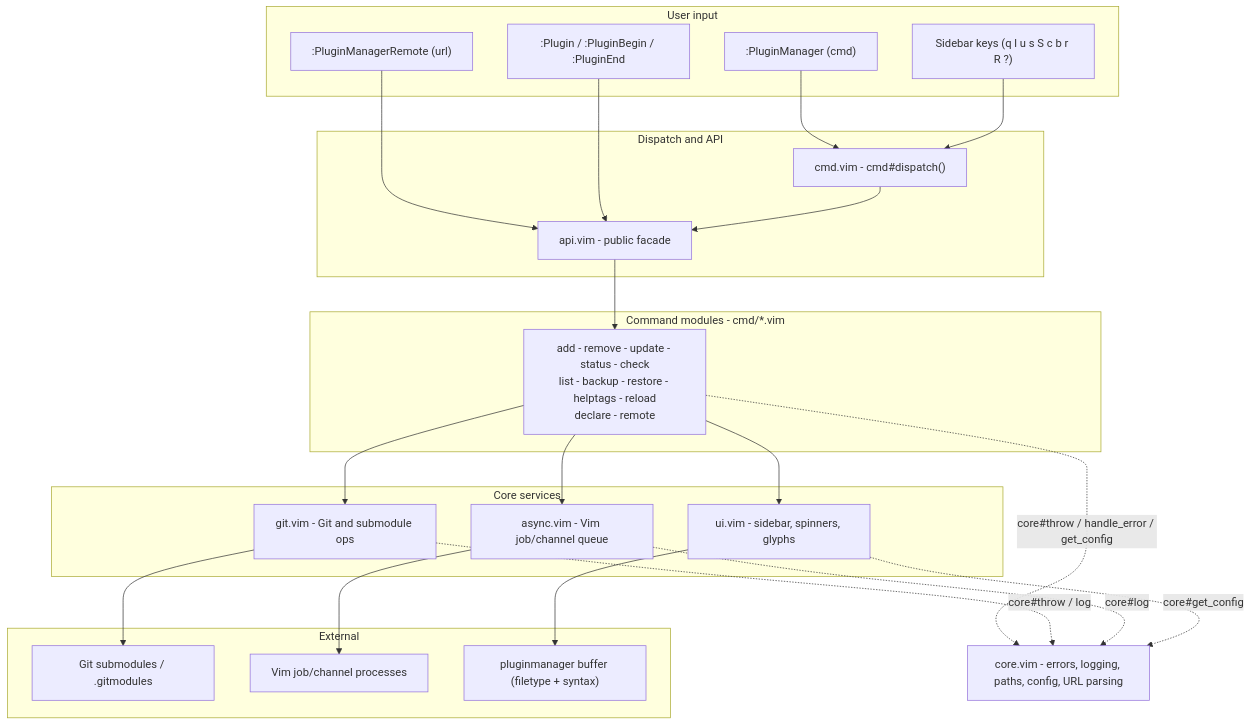
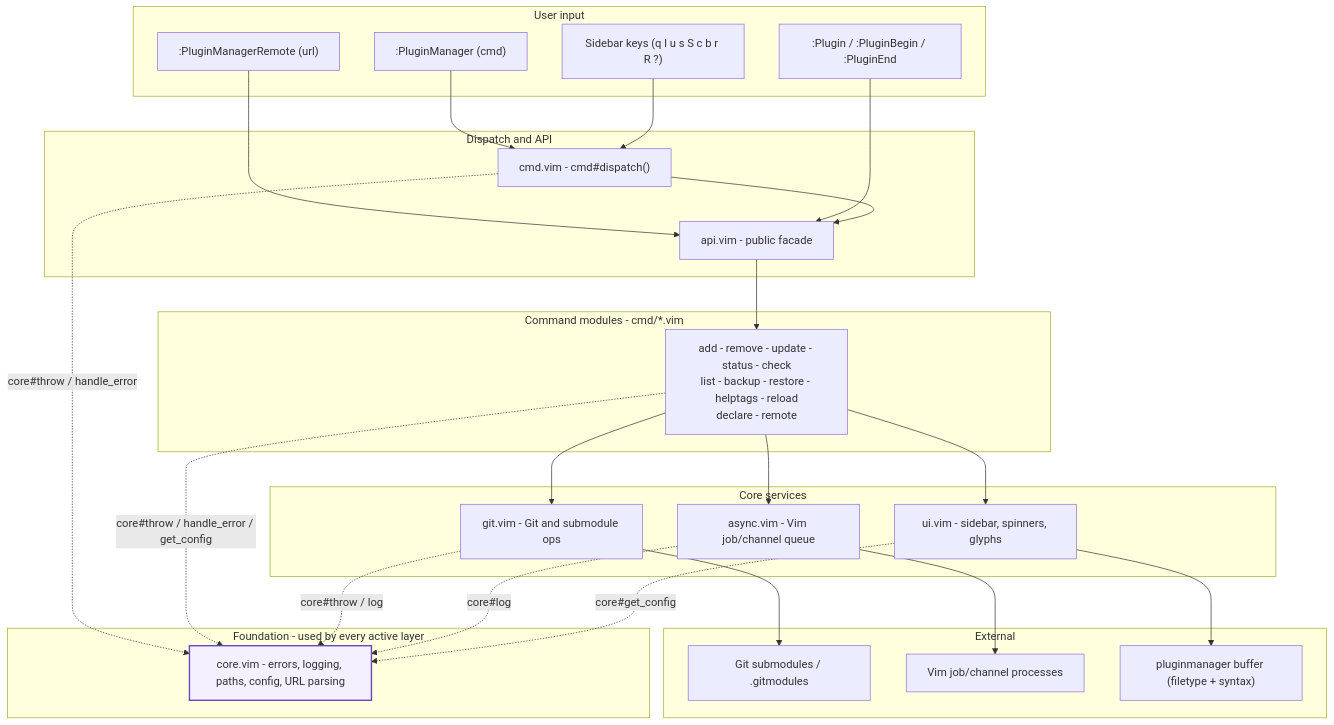
Before and after one commit to log0u7/vim-plugin-manager: the first of 2 diagrams in CONTRIBUTING.md, drawn with Mermaid.

Commit message:
docs: make core.vim a foundation layer in the architecture diagram
Move core.vim into a dedicated Foundation subgraph at the bottom of the
graph, styled with a distinct border (classDef) to signal it is a
cross-cutting dependency rather than a peer service.

Also add the missing dependency arrow from cmd#dispatch (DISP) to core:
cmd.vim calls core#throw, core#handle_error, and core#ensure_vim_directory
(5 call sites confirmed). api.vim has zero core calls (pure forwarding
facade) so no arrow is added for it.

````diff
--- a/CONTRIBUTING.md
+++ b/CONTRIBUTING.md
@@ -185,51 +185,57 @@
 ```mermaid
 graph TD
   subgraph User["User input"]
     PM[":PluginManager (cmd)"]
     PMR[":PluginManagerRemote (url)"]
     DECL[":Plugin / :PluginBegin / :PluginEnd"]
     SB["Sidebar keys (q l u s S c b r R ?)"]
   end
 
   subgraph Dispatch["Dispatch and API"]
     DISP["cmd.vim - cmd#dispatch()"]
     API["api.vim - public facade"]
   end
 
   subgraph Commands["Command modules - cmd/*.vim"]
     CMDS["add - remove - update - status - check
 list - backup - restore - helptags - reload
 declare - remote"]
   end
 
   subgraph Services["Core services"]
     GIT["git.vim - Git and submodule ops"]
     ASYNC["async.vim - Vim job/channel queue"]
     UI["ui.vim - sidebar, spinners, glyphs"]
   end
 
-  CORE["core.vim - errors, logging, paths, config, URL parsing"]
-
   subgraph Ext["External"]
     SUB["Git submodules / .gitmodules"]
     JOBS["Vim job/channel processes"]
     BUF["pluginmanager buffer (filetype + syntax)"]
   end
+
+  subgraph Foundation["Foundation - used by every active layer"]
+    CORE["core.vim - errors, logging, paths, config, URL parsing"]
+  end
+
+  classDef foundation fill:#f4f0ff,stroke:#6b46c1,stroke-width:2px
+  class CORE foundation
 
   PM --> DISP
   SB --> DISP
   PMR --> API
   DECL --> API
   DISP --> API
   API --> CMDS
   CMDS --> GIT
   CMDS --> ASYNC
   CMDS --> UI
   GIT --> SUB
   ASYNC --> JOBS
   UI --> BUF
+  DISP -.->|"core#throw / handle_error"| CORE
   CMDS -.->|"core#throw / handle_error / get_config"| CORE
   GIT -.->|"core#throw / log"| CORE
   ASYNC -.->|"core#log"| CORE
   UI -.->|"core#get_config"| CORE
 ```
````
